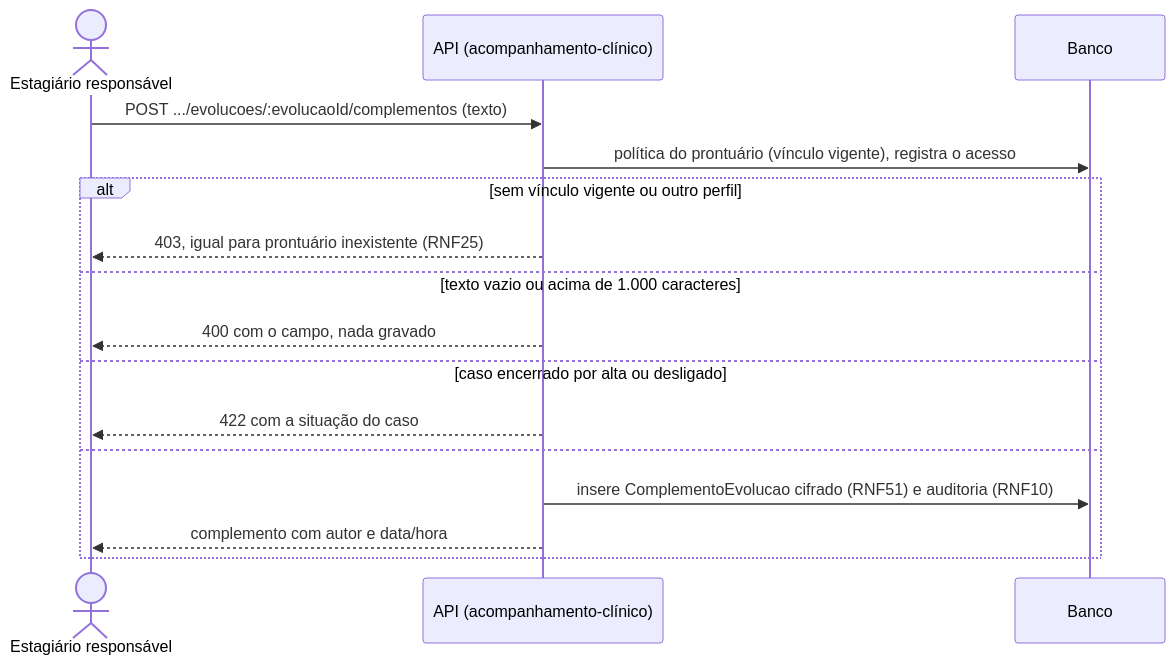
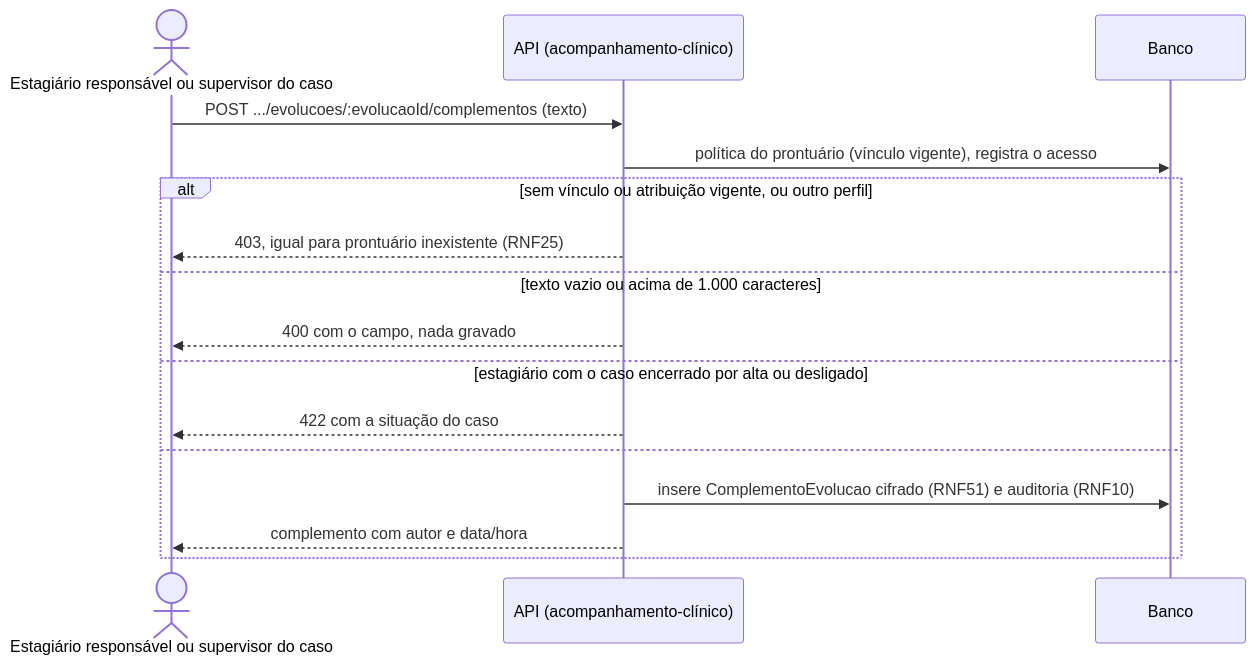
Before and after one commit to mdsreq-fga-unb/REQ-2026.2-T02-ClinicaEscolaFBr: diagram 38 of 55 in documentacao/docs/construcao/projeto-features.md, drawn with Mermaid. The commit also changed other lines of this file and 7 other files, not shown here.

First line of the commit message:
feat: supervisor do caso registra o complemento da evolução a qualquer momento (RF30, DF68)

````diff
--- a/documentacao/docs/construcao/projeto-features.md
+++ b/documentacao/docs/construcao/projeto-features.md
@@ -2026,18 +2026,18 @@
 ```mermaid
 sequenceDiagram
-    actor U as Estagiário responsável
+    actor U as Estagiário responsável ou supervisor do caso
     participant A as API (acompanhamento-clínico)
     participant DB as Banco
     U->>A: POST .../evolucoes/:evolucaoId/complementos (texto)
     A->>DB: política do prontuário (vínculo vigente), registra o acesso
-    alt sem vínculo vigente ou outro perfil
+    alt sem vínculo ou atribuição vigente, ou outro perfil
         A-->>U: 403, igual para prontuário inexistente (RNF25)
     else texto vazio ou acima de 1.000 caracteres
         A-->>U: 400 com o campo, nada gravado
-    else caso encerrado por alta ou desligado
+    else estagiário com o caso encerrado por alta ou desligado
         A-->>U: 422 com a situação do caso
     else
         A->>DB: insere ComplementoEvolucao cifrado (RNF51) e auditoria (RNF10)
         A-->>U: complemento com autor e data/hora
     end
 ```
````
